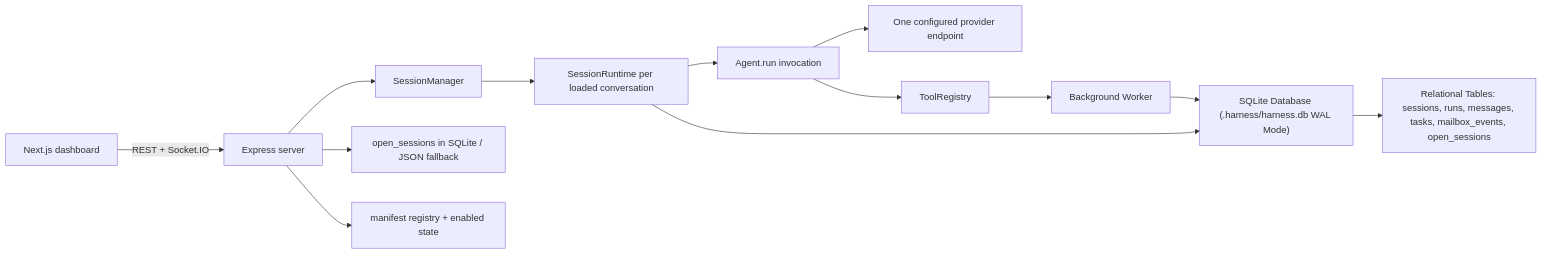
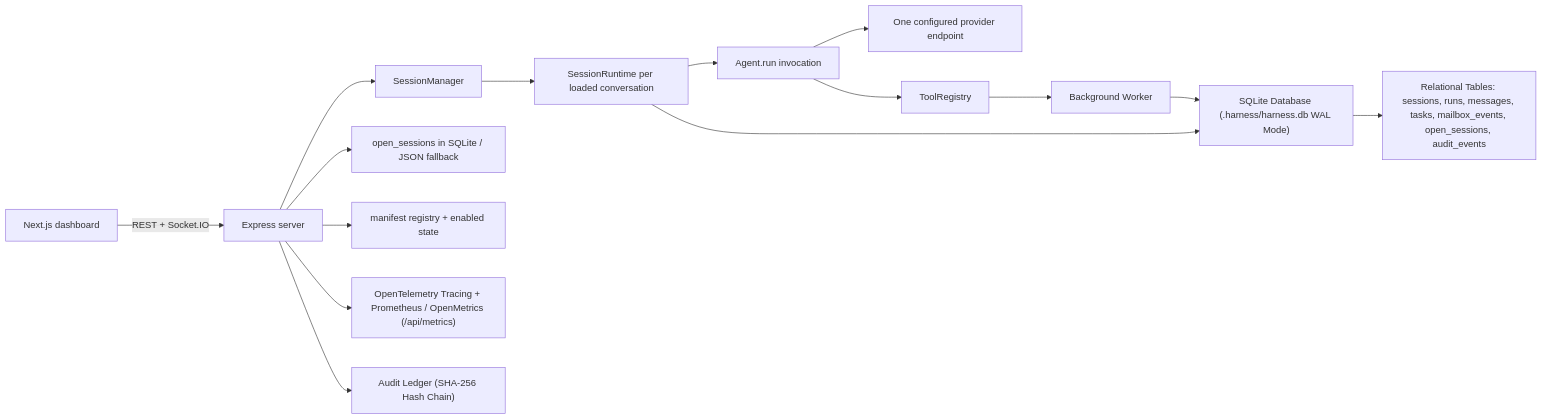
The diagram in docs/architecture/CURRENT_STATE.md (SatyaanM/agent-harness), drawn with Mermaid before and after one commit. The commit also changed other lines of this file and 60 other files, not shown here.

First line of the commit message:
feat(telemetry): tamper-evident audit logging, distributed tracing, and metrics (#29)

````diff
--- a/docs/architecture/CURRENT_STATE.md
+++ b/docs/architecture/CURRENT_STATE.md
@@ -14,15 +14,17 @@
 ```mermaid
 flowchart LR
   UI["Next.js dashboard"] -->|"REST + Socket.IO"| Server["Express server"]
   Server --> Manager["SessionManager"]
   Manager --> Runtime["SessionRuntime per loaded conversation"]
   Runtime --> Agent["Agent.run invocation"]
   Agent --> LLM["One configured provider endpoint"]
   Agent --> Tools["ToolRegistry"]
   Tools --> Worker["Background Worker"]
   Runtime --> SQLite["SQLite Database (.harness/harness.db WAL Mode)"]
   Worker --> SQLite
-  SQLite --> Relational["Relational Tables: sessions, runs, messages, tasks, mailbox_events, open_sessions"]
+  SQLite --> Relational["Relational Tables: sessions, runs, messages, tasks, mailbox_events, open_sessions, audit_events"]
   Server --> Open["open_sessions in SQLite / JSON fallback"]
   Server --> Plugin["manifest registry + enabled state"]
+  Server --> Telemetry["OpenTelemetry Tracing + Prometheus / OpenMetrics (/api/metrics)"]
+  Server --> AuditLog["Audit Ledger (SHA-256 Hash Chain)"]
 ```
````
